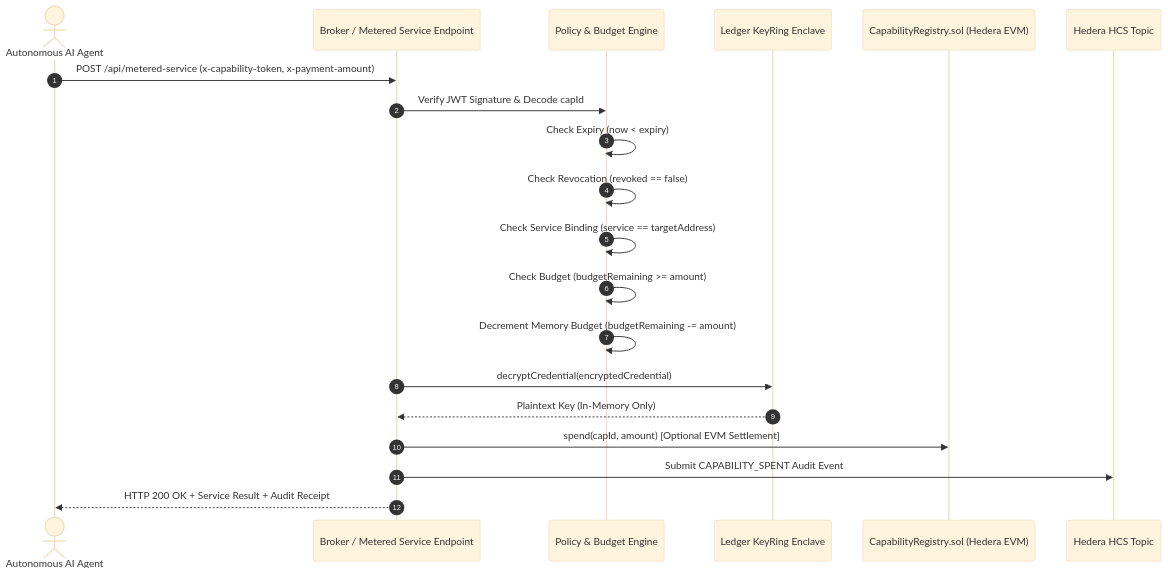
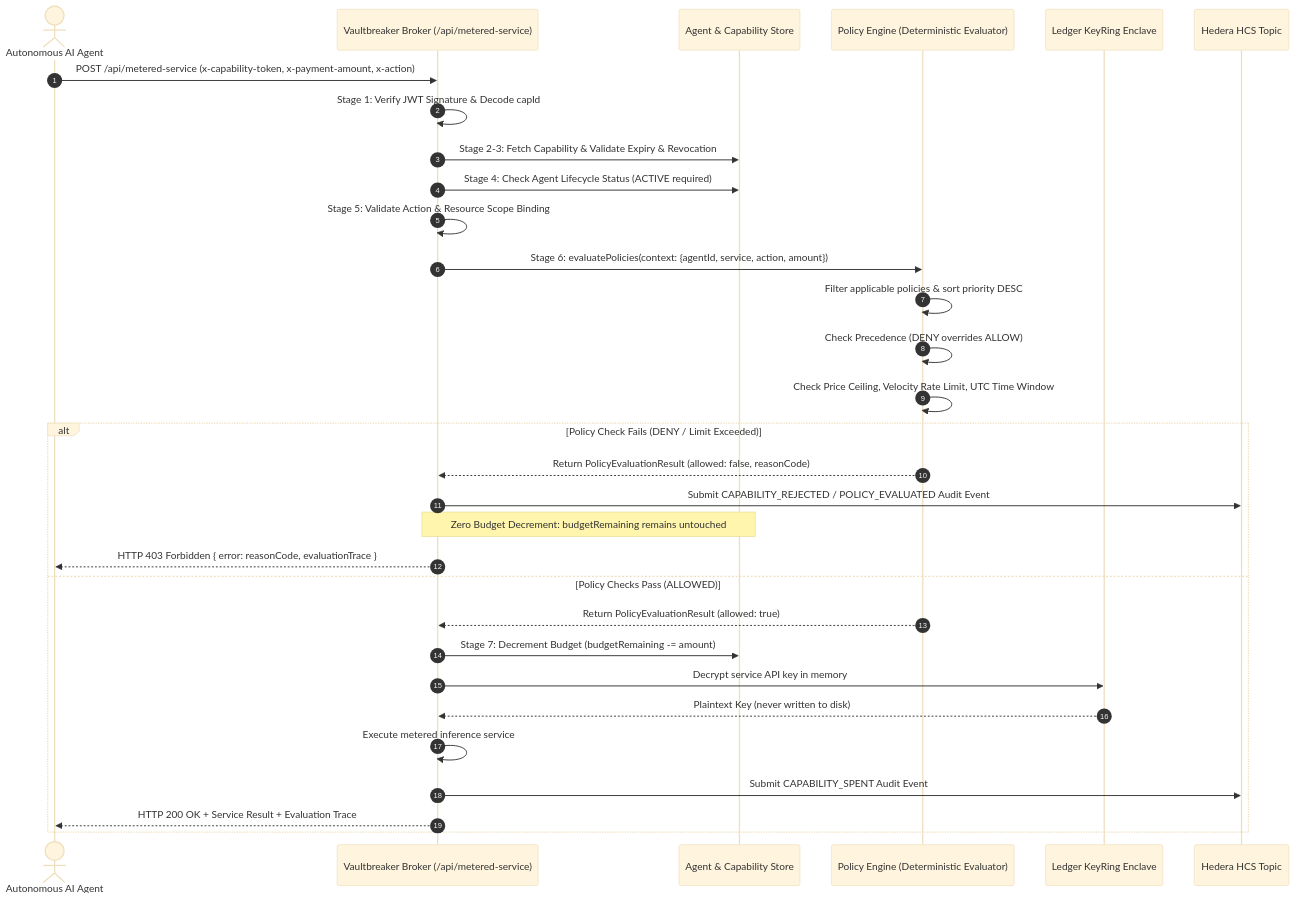
The diagram in docs/AUTHORIZATION_FLOW.md (hrshjswniii/VaultBreaker), drawn with Mermaid (base theme) before and after one commit. The commit also changed other lines of this file and 5 other files, not shown here.

Commit message:
docs(policy): update policy, authorization, audit models, and roadmap for Phase 6

````diff
--- a/docs/AUTHORIZATION_FLOW.md
+++ b/docs/AUTHORIZATION_FLOW.md
@@ -63,23 +79,36 @@
 ```mermaid
 sequenceDiagram
     autonumber
     actor Agent as Autonomous AI Agent
-    participant Broker as Broker / Metered Service Endpoint
-    participant PolicyEng as Policy & Budget Engine
+    participant Broker as Vaultbreaker Broker (/api/metered-service)
+    participant Reg as Agent & Capability Store
+    participant Engine as Policy Engine (Deterministic Evaluator)
     participant KeyRing as Ledger KeyRing Enclave
-    participant Contract as CapabilityRegistry.sol (Hedera EVM)
     participant HCS as Hedera HCS Topic
 
-    Agent->>Broker: POST /api/metered-service (x-capability-token, x-payment-amount)
-    Broker->>PolicyEng: Verify JWT Signature & Decode capId
-    PolicyEng->>PolicyEng: Check Expiry (now < expiry)
-    PolicyEng->>PolicyEng: Check Revocation (revoked == false)
-    PolicyEng->>PolicyEng: Check Service Binding (service == targetAddress)
-    PolicyEng->>PolicyEng: Check Budget (budgetRemaining >= amount)
-    PolicyEng->>PolicyEng: Decrement Memory Budget (budgetRemaining -= amount)
-    Broker->>KeyRing: decryptCredential(encryptedCredential)
-    KeyRing-->>Broker: Plaintext Key (In-Memory Only)
-    Broker->>Contract: spend(capId, amount) [Optional EVM Settlement]
-    Broker->>HCS: Submit CAPABILITY_SPENT Audit Event
-    Broker-->>Agent: HTTP 200 OK + Service Result + Audit Receipt
+    Agent->>Broker: POST /api/metered-service (x-capability-token, x-payment-amount, x-action)
+    Broker->>Broker: Stage 1: Verify JWT Signature & Decode capId
+    Broker->>Reg: Stage 2-3: Fetch Capability & Validate Expiry & Revocation
+    Broker->>Reg: Stage 4: Check Agent Lifecycle Status (ACTIVE required)
+    Broker->>Broker: Stage 5: Validate Action & Resource Scope Binding
+    
+    Broker->>Engine: Stage 6: evaluatePolicies(context: {agentId, service, action, amount})
+    Engine->>Engine: Filter applicable policies & sort priority DESC
+    Engine->>Engine: Check Precedence (DENY overrides ALLOW)
+    Engine->>Engine: Check Price Ceiling, Velocity Rate Limit, UTC Time Window
+    
+    alt Policy Check Fails (DENY / Limit Exceeded)
+        Engine-->>Broker: Return PolicyEvaluationResult (allowed: false, reasonCode)
+        Broker->>HCS: Submit CAPABILITY_REJECTED / POLICY_EVALUATED Audit Event
+        Note over Broker,Reg: Zero Budget Decrement: budgetRemaining remains untouched
+        Broker-->>Agent: HTTP 403 Forbidden { error: reasonCode, evaluationTrace }
+    else Policy Checks Pass (ALLOWED)
+        Engine-->>Broker: Return PolicyEvaluationResult (allowed: true)
+        Broker->>Reg: Stage 7: Decrement Budget (budgetRemaining -= amount)
+        Broker->>KeyRing: Decrypt service API key in memory
+        KeyRing-->>Broker: Plaintext Key (never written to disk)
+        Broker->>Broker: Execute metered inference service
+        Broker->>HCS: Submit CAPABILITY_SPENT Audit Event
+        Broker-->>Agent: HTTP 200 OK + Service Result + Evaluation Trace
+    end
 ```
````
